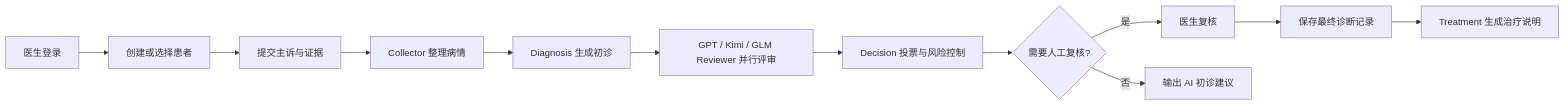
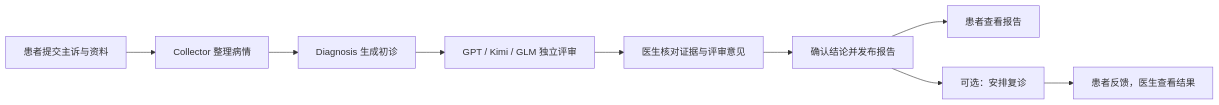
The diagram in README.md (LoftyTao0622/MedConsensus), drawn with Mermaid before and after one commit. The commit also changed other lines of this file and 100 other files, not shown here.

````diff
--- a/README.md
+++ b/README.md
@@ -25,14 +25,11 @@
 ```mermaid
 flowchart LR
-    A[医生登录] --> B[创建或选择患者]
-    B --> C[提交主诉与证据]
-    C --> D[Collector 整理病情]
-    D --> E[Diagnosis 生成初诊]
-    E --> F[GPT / Kimi / GLM Reviewer 并行评审]
-    F --> G[Decision 投票与风险控制]
-    G --> H{需要人工复核?}
-    H -- 是 --> I[医生复核]
-    H -- 否 --> J[输出 AI 初诊建议]
-    I --> K[保存最终诊断记录]
-    K --> L[Treatment 生成治疗说明]
+    A[患者提交主诉与资料] --> B[Collector 整理病情]
+    B --> C[Diagnosis 生成初诊]
+    C --> D[GPT / Kimi / GLM 独立评审]
+    D --> E[医生核对证据与评审意见]
+    E --> F[确认结论并发布报告]
+    F --> G[患者查看报告]
+    F --> H[可选：安排复诊]
+    H --> I[患者反馈，医生查看结果]
 ```
````
